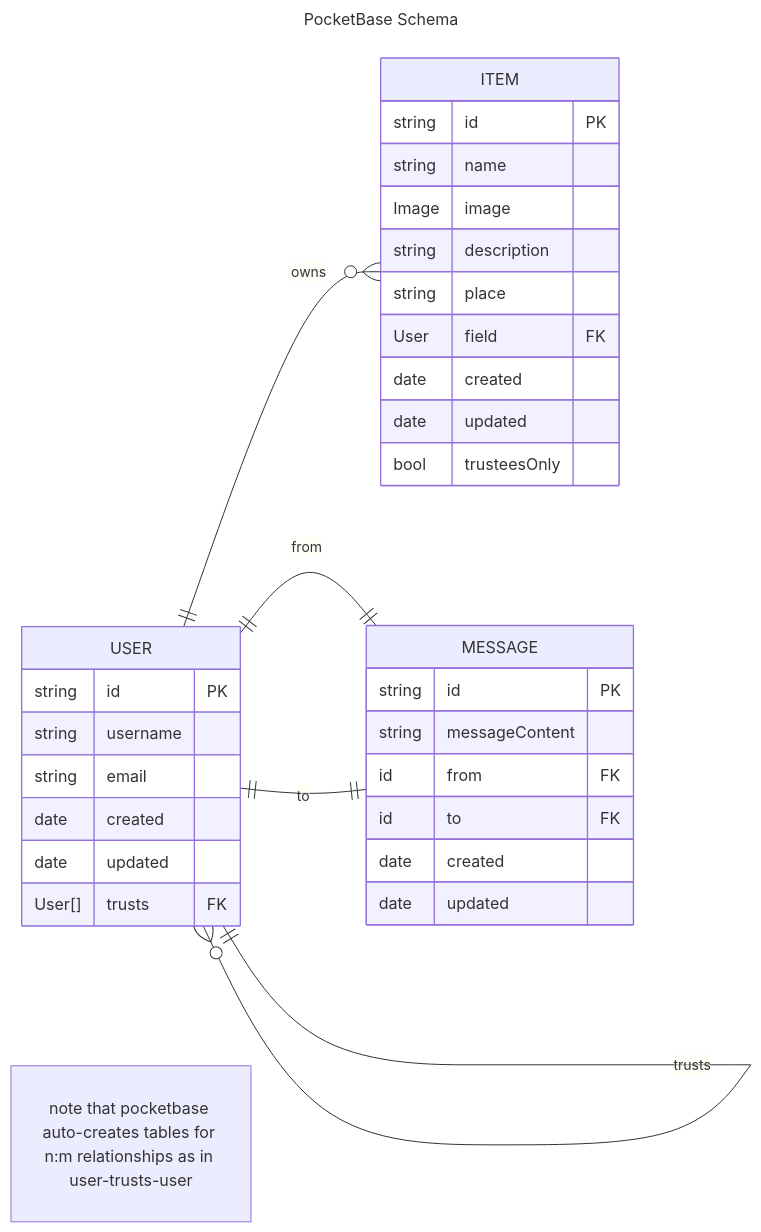
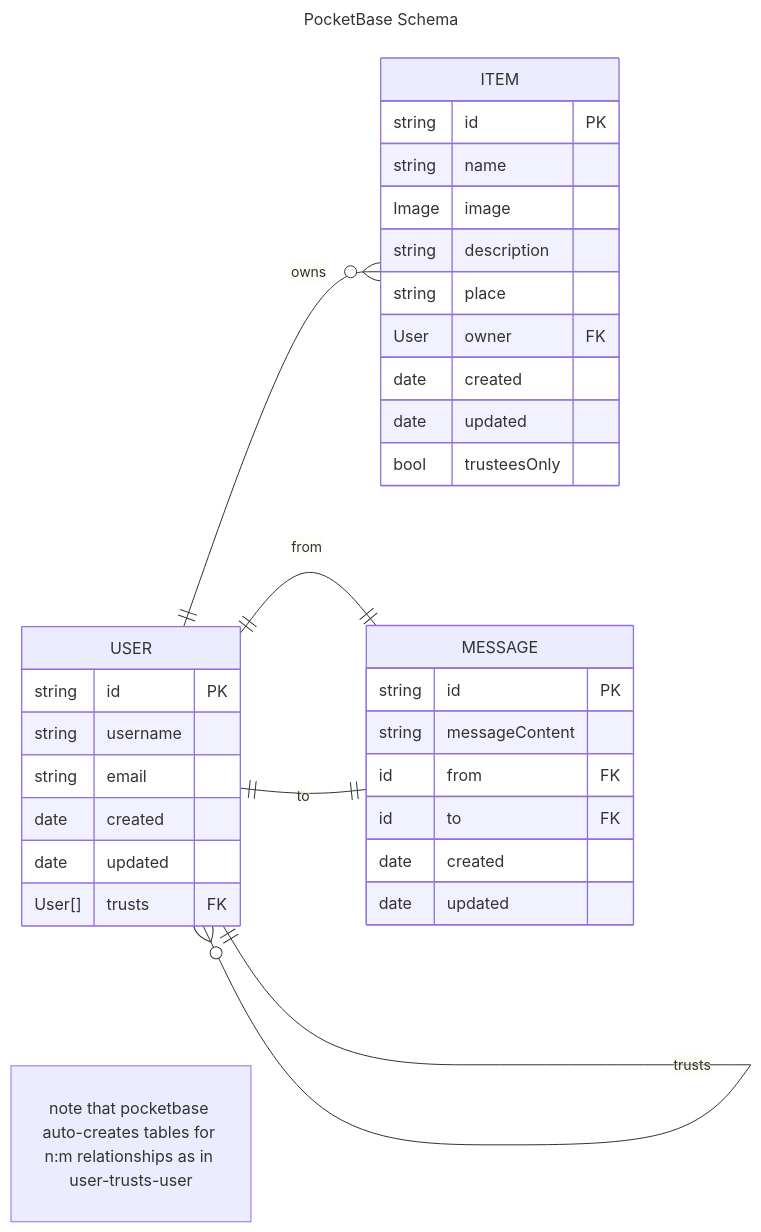
The diagram in docs/data-model.md (share-open-sharing-infrastructure/share-mvp), drawn with Mermaid before and after one commit. The commit also changed 5 other files, not shown here.

Commit message:
Update owner field (#80)

````diff
--- a/docs/data-model.md
+++ b/docs/data-model.md
@@ -7,44 +7,44 @@
 ```mermaid
 ---
 title: PocketBase Schema
 ---
 erDiagram
     direction LR
     USER{
         string id PK
         string username
         string email
         date created
         date updated
         User[] trusts FK
     }
     USER 1 to zero or more USER: "trusts"
     "note that pocketbase auto-creates tables for n:m relationships as in user-trusts-user"
 
     ITEM{
         string id PK
         string name
         Image image
         string description
         string place
-        User field FK
+        User owner FK
         date created
         date updated
         bool trusteesOnly
     }
 
     USER 1 to zero or more ITEM: owns
 
     MESSAGE{
         string id PK
         string messageContent
         id from FK
         id to FK
         date created
         date updated
     }
 
     USER 1 to 1 MESSAGE: "from"
     USER 1 to 1 MESSAGE: "to"
 
 ```
````
